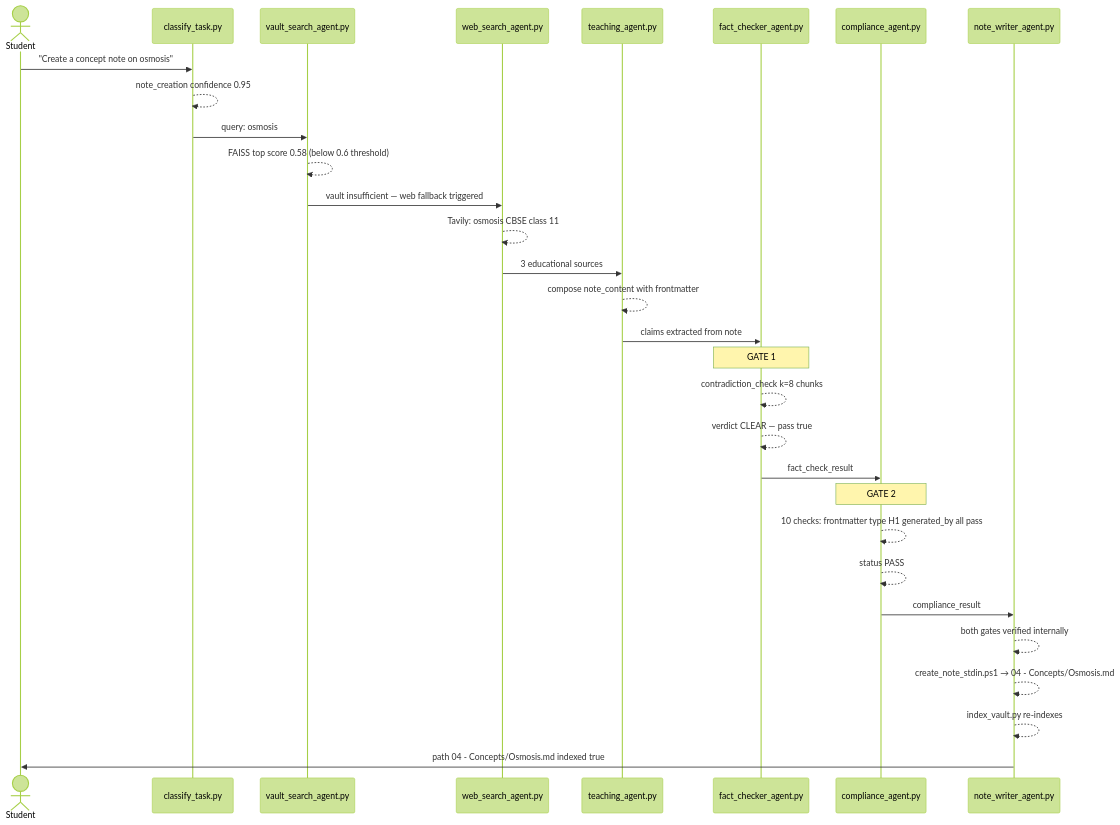
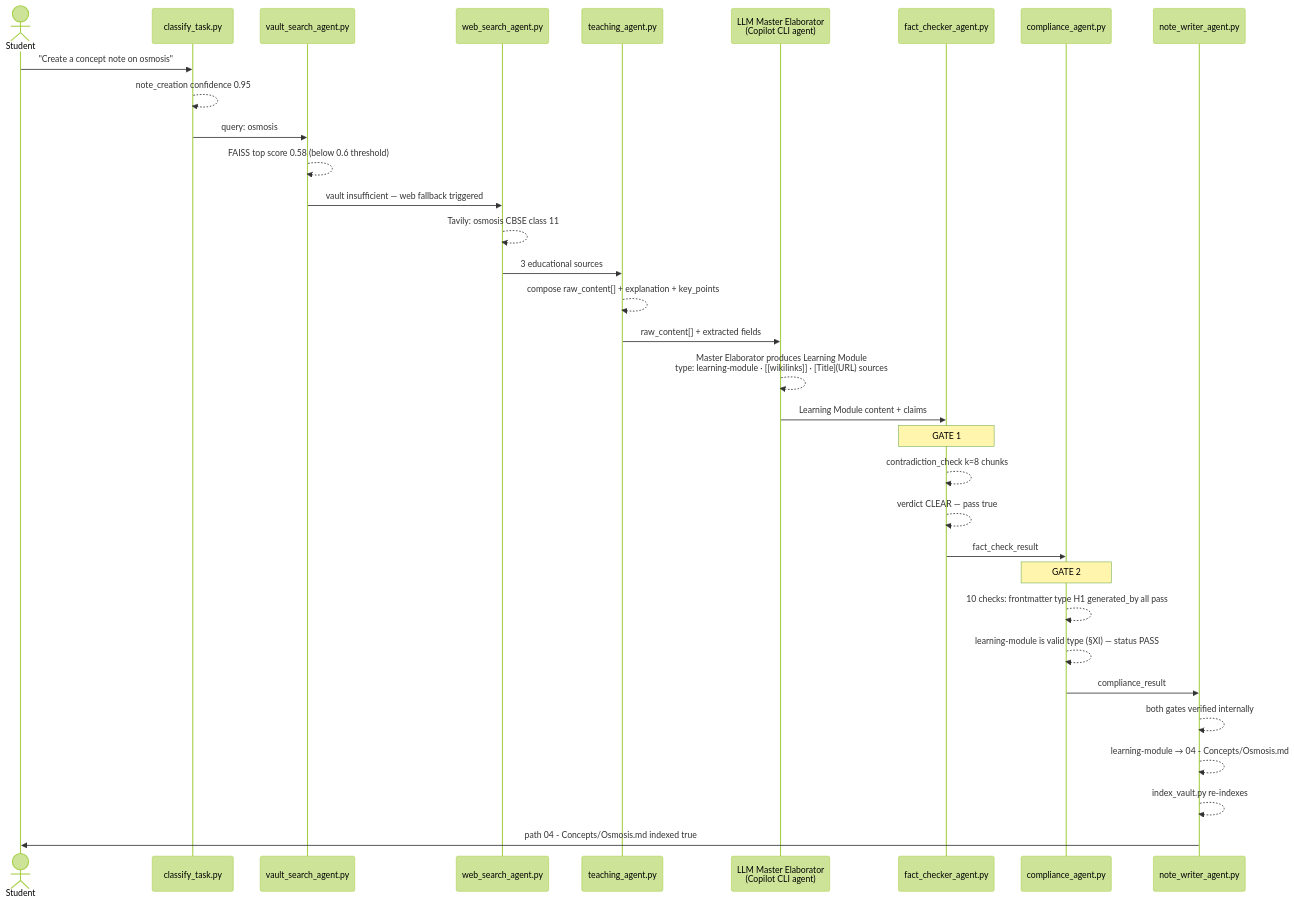
One commit to rabindranath-mishra/Study_Agent changed the ninth of 12 diagrams in 00 - System/Agent Architecture (C4+1).md. Above: the diagram before and after it, drawn with Mermaid (forest theme). The commit also changed other lines of this file, not shown here.

````diff
--- a/00 - System/Agent Architecture (C4+1).md
+++ b/00 - System/Agent Architecture (C4+1).md
@@ -346,33 +353,36 @@
 ```mermaid
 sequenceDiagram
     actor Student
     participant CT as classify_task.py
     participant VS as vault_search_agent.py
     participant WS as web_search_agent.py
     participant TA as teaching_agent.py
+    participant LLM as LLM Master Elaborator<br/>(Copilot CLI agent)
     participant FC as fact_checker_agent.py
     participant CA as compliance_agent.py
     participant NW as note_writer_agent.py
 
     Student->>CT: "Create a concept note on osmosis"
     CT-->>CT: note_creation confidence 0.95
     CT->>VS: query: osmosis
     VS-->>VS: FAISS top score 0.58 (below 0.6 threshold)
     VS->>WS: vault insufficient — web fallback triggered
     WS-->>WS: Tavily: osmosis CBSE class 11
     WS->>TA: 3 educational sources
-    TA-->>TA: compose note_content with frontmatter
-    TA->>FC: claims extracted from note
+    TA-->>TA: compose raw_content[] + explanation + key_points
+    TA->>LLM: raw_content[] + extracted fields
+    LLM-->>LLM: Master Elaborator produces Learning Module<br/>type: learning-module · [[wikilinks]] · [Title](URL) sources
+    LLM->>FC: Learning Module content + claims
     Note over FC: GATE 1
     FC-->>FC: contradiction_check k=8 chunks
     FC-->>FC: verdict CLEAR — pass true
     FC->>CA: fact_check_result
     Note over CA: GATE 2
     CA-->>CA: 10 checks: frontmatter type H1 generated_by all pass
-    CA-->>CA: status PASS
+    CA-->>CA: learning-module is valid type (§XI) — status PASS
     CA->>NW: compliance_result
     NW-->>NW: both gates verified internally
-    NW-->>NW: create_note_stdin.ps1 → 04 - Concepts/Osmosis.md
+    NW-->>NW: learning-module → 04 - Concepts/Osmosis.md
     NW-->>NW: index_vault.py re-indexes
     NW->>Student: path 04 - Concepts/Osmosis.md indexed true
 ```
````
